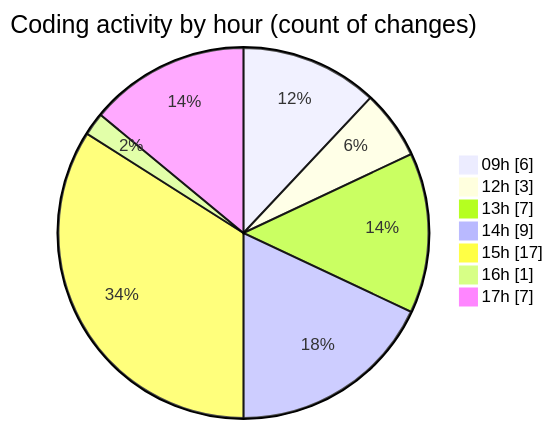
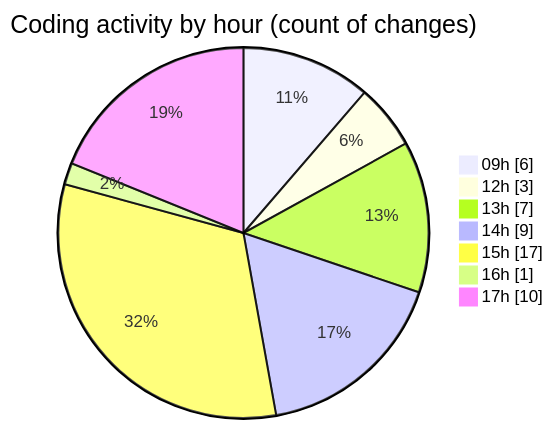
One commit to momahboobian/code-tracking changed the second of 2 diagrams in 2026-09-29/cda/README.md. Above: the diagram before and after it, drawn with Mermaid. The commit also changed other lines of this file and 1 other file, not shown here.

````diff
--- a/2026-09-29/cda/README.md
+++ b/2026-09-29/cda/README.md
@@ -58,11 +60,11 @@
 ```mermaid
 pie showData
 title Coding activity by hour (count of changes)
 "09h" : 6
 "12h" : 3
 "13h" : 7
 "14h" : 9
 "15h" : 17
 "16h" : 1
-"17h" : 7
+"17h" : 10
 ```
````
